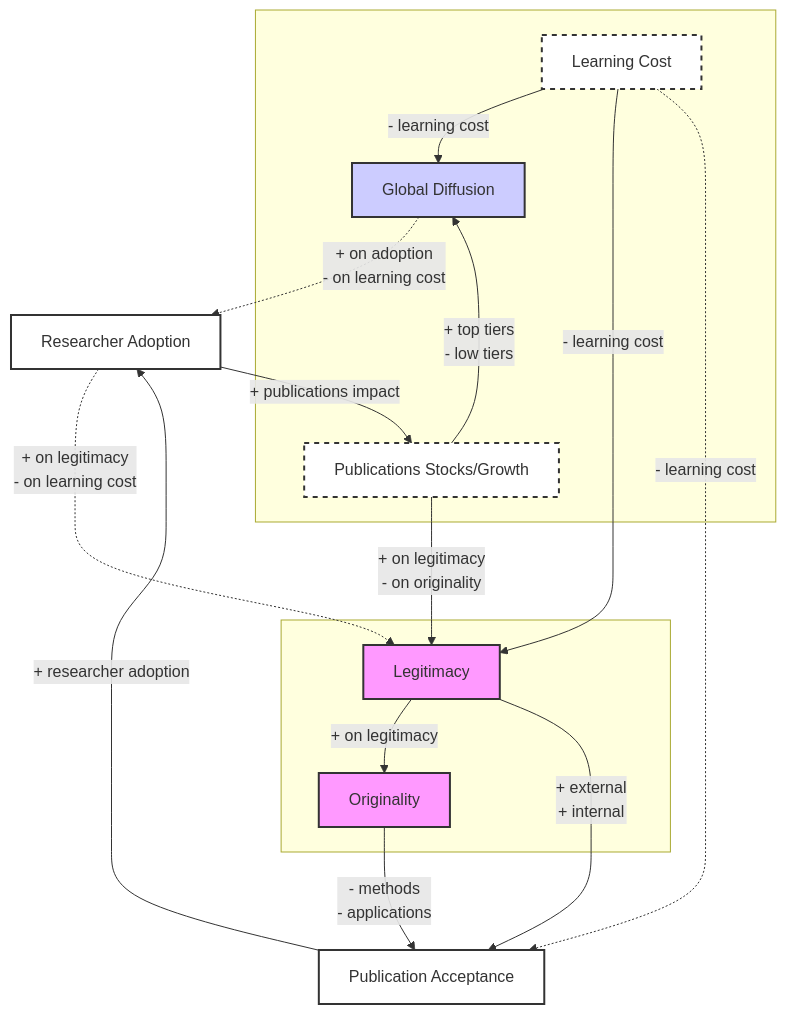
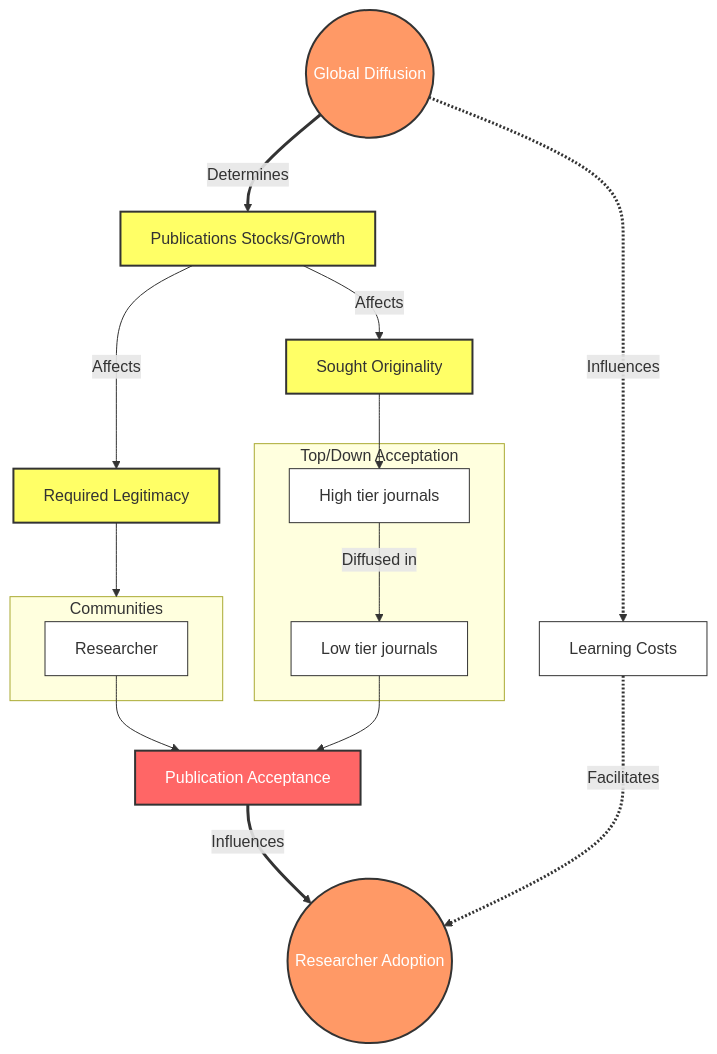
Before and after one commit to oliviercaron/presentation_revealjs: the ninth of 11 diagrams in M&R/diffusion_nlp_mermaid.qmd, drawn with Mermaid. The commit also changed other lines of this file and 4 other files, not shown here.

Commit message:
mermaid graphs ; second choice is the one to modify

````diff
--- a/M&R/diffusion_nlp_mermaid.qmd
+++ b/M&R/diffusion_nlp_mermaid.qmd
@@ -294,33 +321,43 @@
 ```{mermaid}
 graph TD
-  subgraph " "
-    A[Global Diffusion]
-    B[Learning Cost] -->|"- learning cost"| A
-    C[Publications Stocks/Growth] -->|"+ top tiers\n- low tiers"| A
+  %% Define main nodes
+  GD((Global Diffusion)) -->|Determines| PS[Publications Stocks/Growth]
+  GD -..->|Influences| LC[Learning Costs]
+  PS -->|Affects| LE[Required Legitimacy]
+  PS -->|Affects| OR[Sought Originality]
+  PA[Publication Acceptance] -->|Influences| RA[Researcher Adoption]
+  LC -..->|Facilitates| RA((Researcher Adoption))
+  
+  %% Define subgraphs for journal segmentation
+  subgraph JOUR[Top/Down Acceptation]
+    TR_OP[High tier journals] -->|Diffused in| TR_PA[Low tier journals]
+  end
+  
+  subgraph RES[Communities]
+    SR_LE[Researcher]
   end
 
-  subgraph " "
-    D[Originality]
-    E[Legitimacy] -->|"+ on legitimacy"| D
-    B -->|"- learning cost"| E
-    C -->|"+ on legitimacy\n- on originality"| E
-  end
+  %% Connect main graph to subgraphs
+  SR_LE --> PA
+  OR --> TR_OP
+  LE --> RES
+  TR_PA --> PA
 
-  F -->|"+ researcher adoption"| G[Researcher Adoption]
-  D -->|"- methods\n- applications"| F[Publication Acceptance]
-  E -->|"+ external\n+ internal"| F
-  B -.->|"- learning cost"| F
-  G -.->|"+ on legitimacy\n- on learning cost"| E
-  G -->|"+ publications impact"| C
-  A -. "+ on adoption\n- on learning cost" .-> G
 
-  classDef default fill:#fff,stroke:#333,stroke-width:2px;
-  classDef diffusion fill:#ccf,stroke:#333,stroke-width:2px;
-  classDef interaction fill:#fff,stroke:#333,stroke-dasharray: 5, 5;
-  classDef emphasis fill:#f9f,stroke:#333;
+  %% Styling for emphasis
+  classDef default fill:#fff,stroke:#333,stroke-width:1px;
+  classDef emphasis fill:#f96,stroke:#333,stroke-width:2px, color:#fff;
+  classDef influenced fill:#ff6,stroke:#333,stroke-width:2px, color:#333;
+  classDef impacting fill:#f66,stroke:#333,stroke-width:2px, color:#fff;
   
-  class A diffusion;
-  class D,E emphasis;
-  class B,C interaction;
+  class GD,RA emphasis;
+  class PS,OR,LE influenced;
+  class PA impacting;
+
+  linkStyle 0 stroke:#333,stroke-width:3px;
+  linkStyle 1 stroke:#333,stroke-width:3px;
+  linkStyle 4 stroke:#333,stroke-width:3px;
+  linkStyle 5 stroke:#333,stroke-width:3px;
+
 
 ```
````
